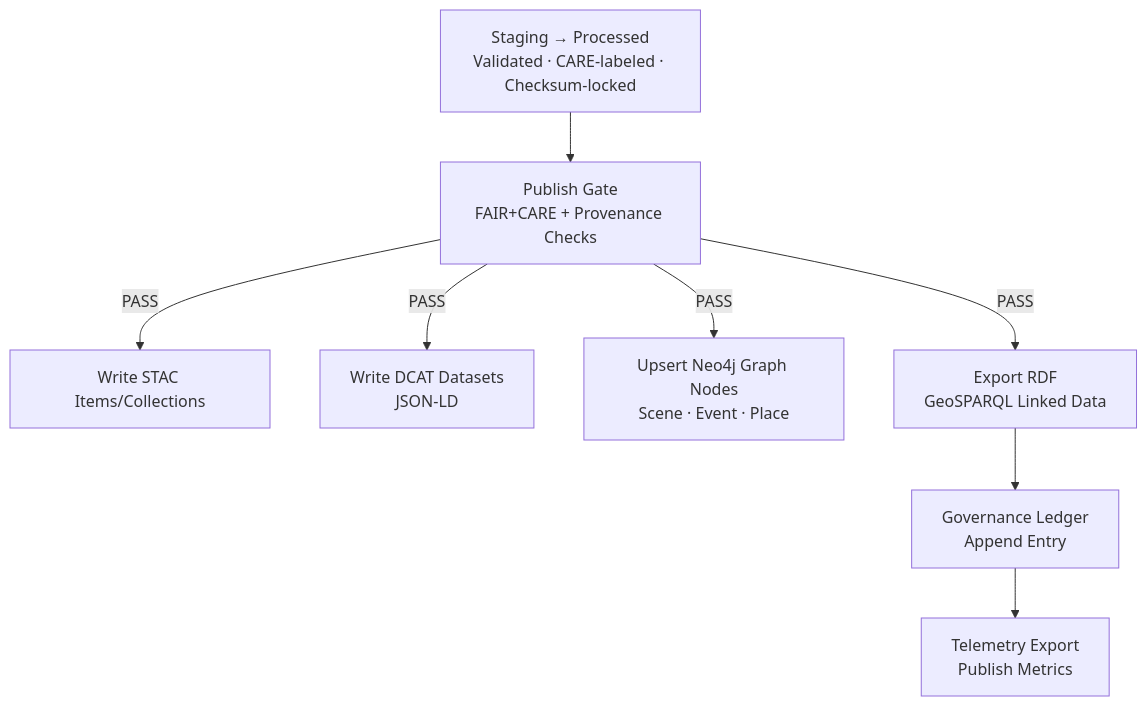
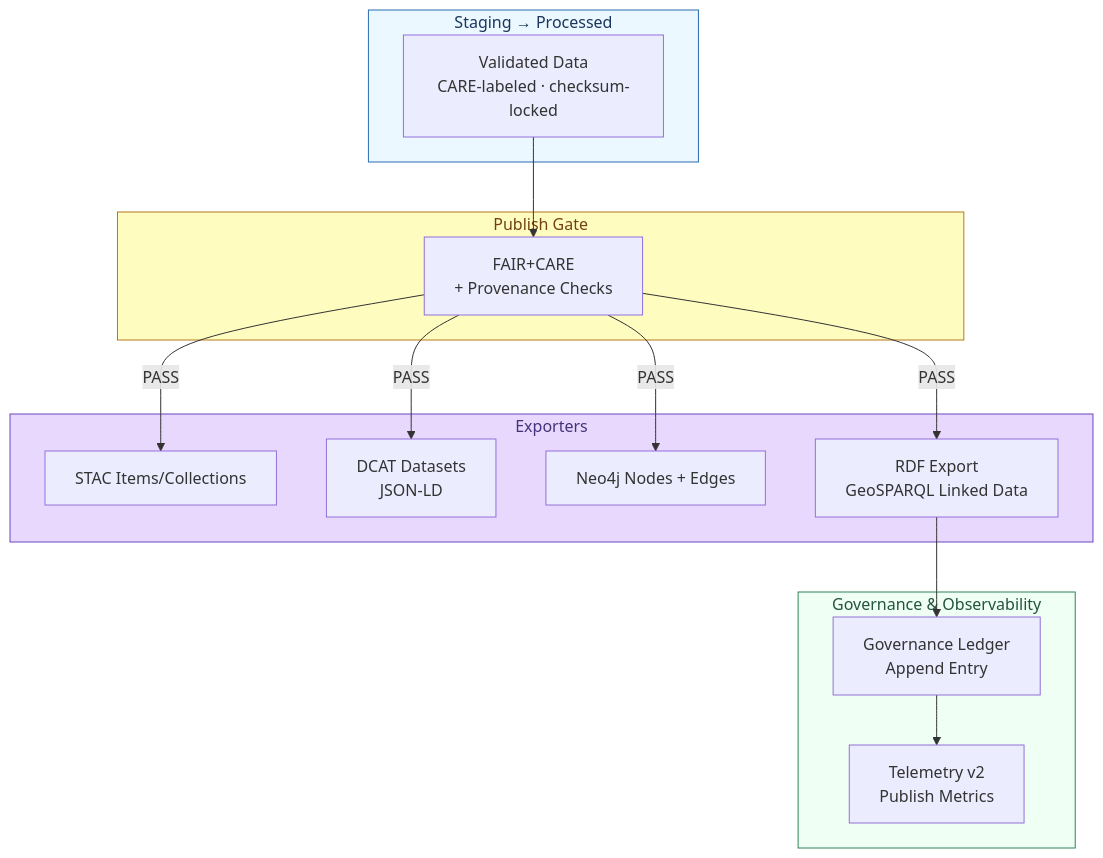
Before and after one commit to bartytime4life/Kansas-Frontier-Matrix: the diagram in docs/guides/pipelines/publishing-guide.md, drawn with Mermaid. The commit also changed other lines of this file, not shown here.

`````diff
--- a/docs/guides/pipelines/publishing-guide.md
+++ b/docs/guides/pipelines/publishing-guide.md
@@ -75,10 +98,41 @@
-~~~~~mermaid
+```mermaid
 flowchart TD
-  A["Staging → Processed<br/>Validated · CARE-labeled · Checksum-locked"] --> B["Publish Gate<br/>FAIR+CARE + Provenance Checks"]
-  B -->|PASS| C["Write STAC Items/Collections"]
-  B -->|PASS| D["Write DCAT Datasets<br/>JSON-LD"]
-  B -->|PASS| E["Upsert Neo4j Graph Nodes<br/>Scene · Event · Place"]
-  B -->|PASS| F["Export RDF<br/>GeoSPARQL Linked Data"]
-  F --> G["Governance Ledger<br/>Append Entry"]
-  G --> H["Telemetry Export<br/>Publish Metrics"]
-~~~~~
+
+  subgraph STAGING["Staging → Processed"]
+    A["Validated Data<br/>CARE-labeled · checksum-locked"]
+  end
+
+  subgraph GATE["Publish Gate"]
+    B["FAIR+CARE<br/>+ Provenance Checks"]
+  end
+
+  subgraph EXPORT["Exporters"]
+    C["STAC Items/Collections"]
+    D["DCAT Datasets<br/>JSON-LD"]
+    E["Neo4j Nodes + Edges"]
+    F["RDF Export<br/>GeoSPARQL Linked Data"]
+  end
+
+  subgraph GOVERN["Governance & Observability"]
+    G["Governance Ledger<br/>Append Entry"]
+    H["Telemetry v2<br/>Publish Metrics"]
+  end
+
+  A --> B
+  B -->|PASS| C
+  B -->|PASS| D
+  B -->|PASS| E
+  B -->|PASS| F
+  F --> G
+  G --> H
+
+  classDef staging fill:#ebf8ff,stroke:#2b6cb0,color:#1a365d;
+  classDef gate fill:#fefcbf,stroke:#b7791f,color:#744210;
+  classDef export fill:#e9d8fd,stroke:#6b46c1,color:#44337a;
+  classDef govern fill:#f0fff4,stroke:#2f855a,color:#22543d;
+
+  class STAGING staging;
+  class GATE gate;
+  class EXPORT export;
+  class GOVERN govern;
+````
`````
